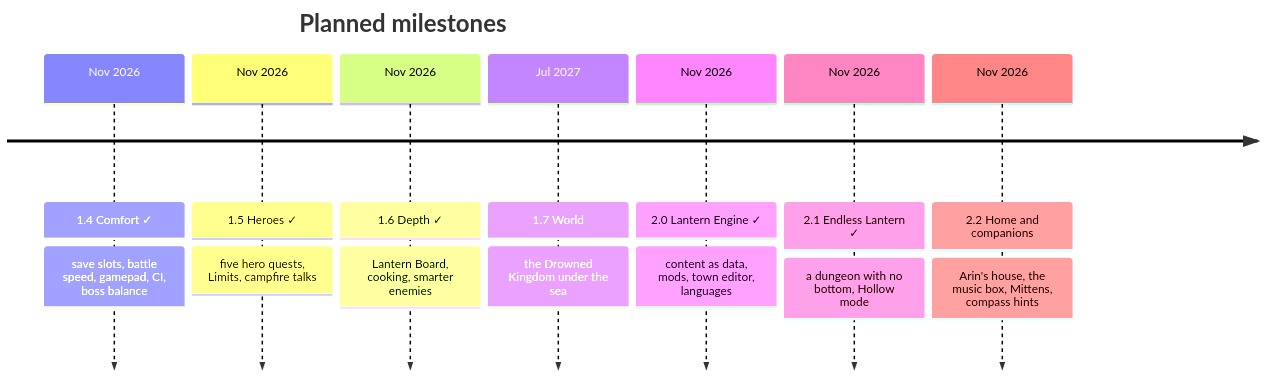
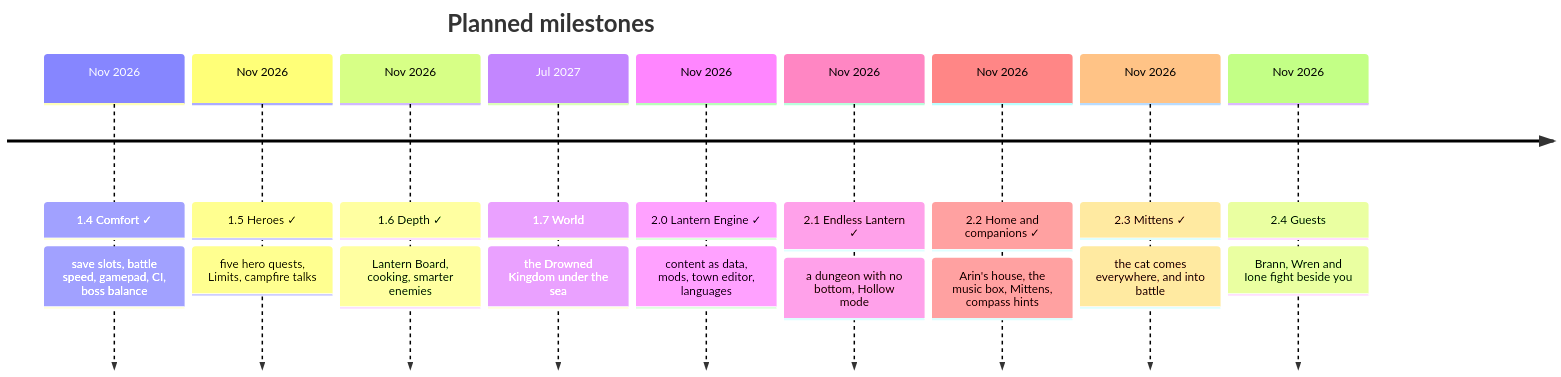
Before and after one commit to CptNope/Laternfall: the fifth of 5 diagrams in README.md, drawn with Mermaid. The commit also changed other lines of this file and 19 other files, not shown here.

````diff
--- a/README.md
+++ b/README.md
@@ -408,11 +410,13 @@
 ```mermaid
 timeline
     title Planned milestones
     Nov 2026 : 1.4 Comfort ✓ : save slots, battle speed, gamepad, CI, boss balance
     Nov 2026 : 1.5 Heroes ✓ : five hero quests, Limits, campfire talks
     Nov 2026 : 1.6 Depth ✓ : Lantern Board, cooking, smarter enemies
     Jul 2027 : 1.7 World : the Drowned Kingdom under the sea
     Nov 2026 : 2.0 Lantern Engine ✓ : content as data, mods, town editor, languages
     Nov 2026 : 2.1 Endless Lantern ✓ : a dungeon with no bottom, Hollow mode
-    Nov 2026 : 2.2 Home and companions : Arin's house, the music box, Mittens, compass hints
+    Nov 2026 : 2.2 Home and companions ✓ : Arin's house, the music box, Mittens, compass hints
+    Nov 2026 : 2.3 Mittens ✓ : the cat comes everywhere, and into battle
+    Nov 2026 : 2.4 Guests : Brann, Wren and Ione fight beside you
 ```
````
